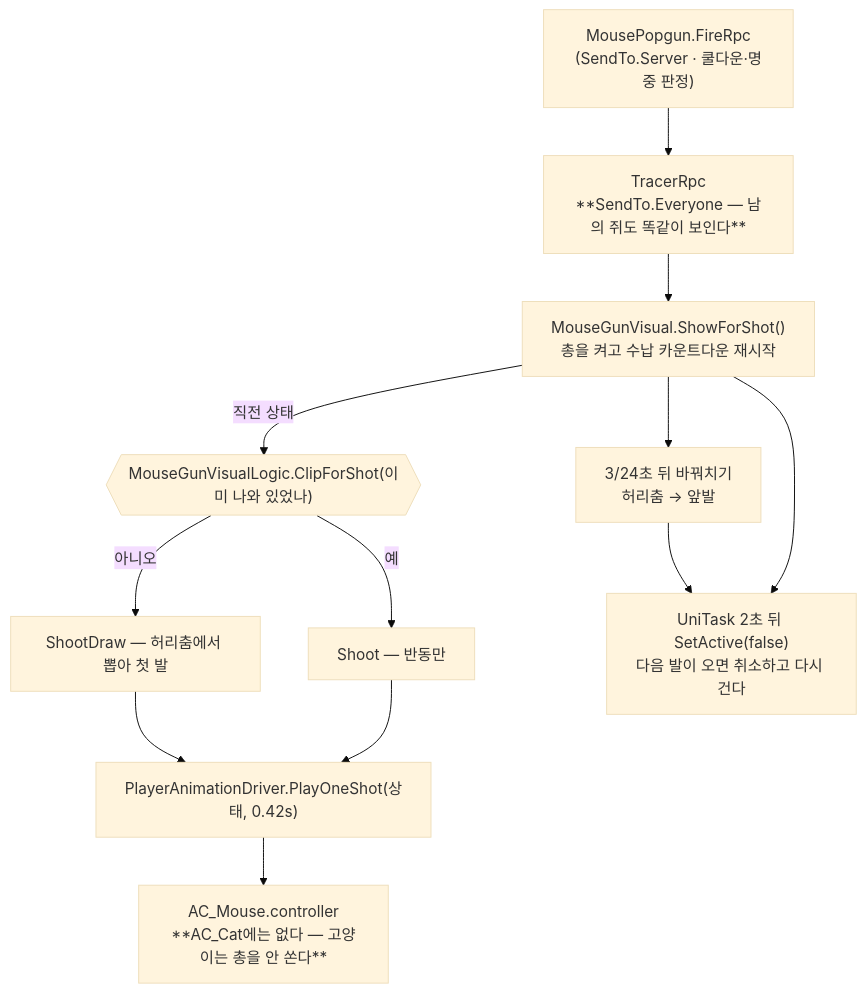
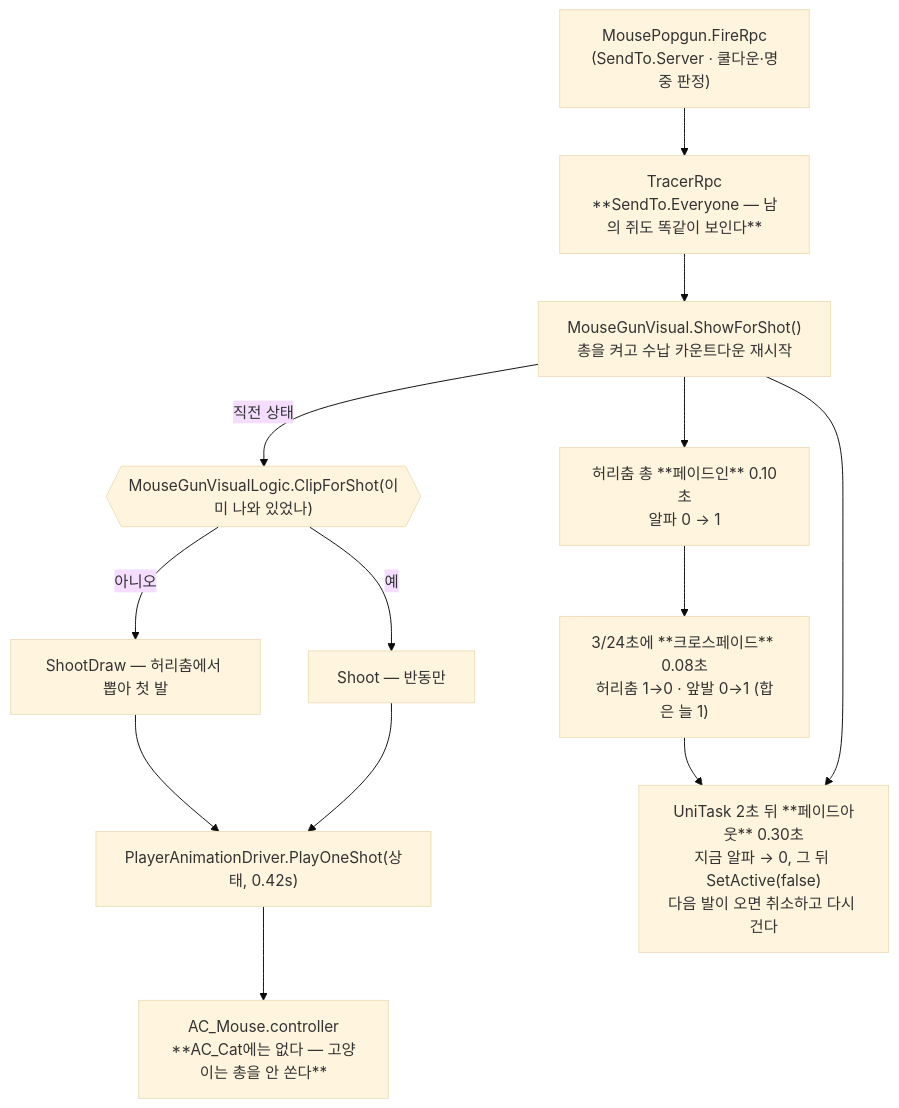
Before and after one commit to JeahanPark/The-Cheese-Thief-and-the-Cat: diagram 49 of 51 in CTC/docs/design-vault/코드 다이어그램.md, drawn with Mermaid (base theme). The commit also changed other lines of this file and 8 other files, not shown here.

First line of the commit message:
feat(gun): 쥐 총을 페이드로 뽑고 넣는다 — SetActive 팝 제거

````diff
--- a/CTC/docs/design-vault/코드 다이어그램.md
+++ b/CTC/docs/design-vault/코드 다이어그램.md
@@ -2820,25 +2820,27 @@
 ```mermaid
 flowchart TD
     FIRE["MousePopgun.FireRpc<br/>(SendTo.Server · 쿨다운·명중 판정)"]
     TR["TracerRpc<br/>**SendTo.Everyone — 남의 쥐도 똑같이 보인다**"]
     MGV["MouseGunVisual.ShowForShot()<br/>총을 켜고 수납 카운트다운 재시작"]
-    SWAP["3/24초 뒤 바꿔치기<br/>허리춤 → 앞발"]
+    FIN["허리춤 총 **페이드인** 0.10초<br/>알파 0 → 1"]
+    SWAP["3/24초에 **크로스페이드** 0.08초<br/>허리춤 1→0 · 앞발 0→1 (합은 늘 1)"]
     LOGIC{{"MouseGunVisualLogic.ClipForShot(이미 나와 있었나)"}}
     DRAW["ShootDraw — 허리춤에서 뽑아 첫 발"]
     SHOOT["Shoot — 반동만"]
     DRV["PlayerAnimationDriver.PlayOneShot(상태, 0.42s)"]
     AC["AC_Mouse.controller<br/>**AC_Cat에는 없다 — 고양이는 총을 안 쏜다**"]
-    HOLS["UniTask 2초 뒤 SetActive(false)<br/>다음 발이 오면 취소하고 다시 건다"]
+    HOLS["UniTask 2초 뒤 **페이드아웃** 0.30초<br/>지금 알파 → 0, 그 뒤 SetActive(false)<br/>다음 발이 오면 취소하고 다시 건다"]
 
     FIRE --> TR
     TR --> MGV
     MGV -->|직전 상태| LOGIC
     LOGIC -->|아니오| DRAW
     LOGIC -->|예| SHOOT
     DRAW --> DRV
     SHOOT --> DRV
     DRV --> AC
-    MGV --> SWAP
+    MGV --> FIN
+    FIN --> SWAP
     SWAP --> HOLS
     MGV --> HOLS
 ```
````
